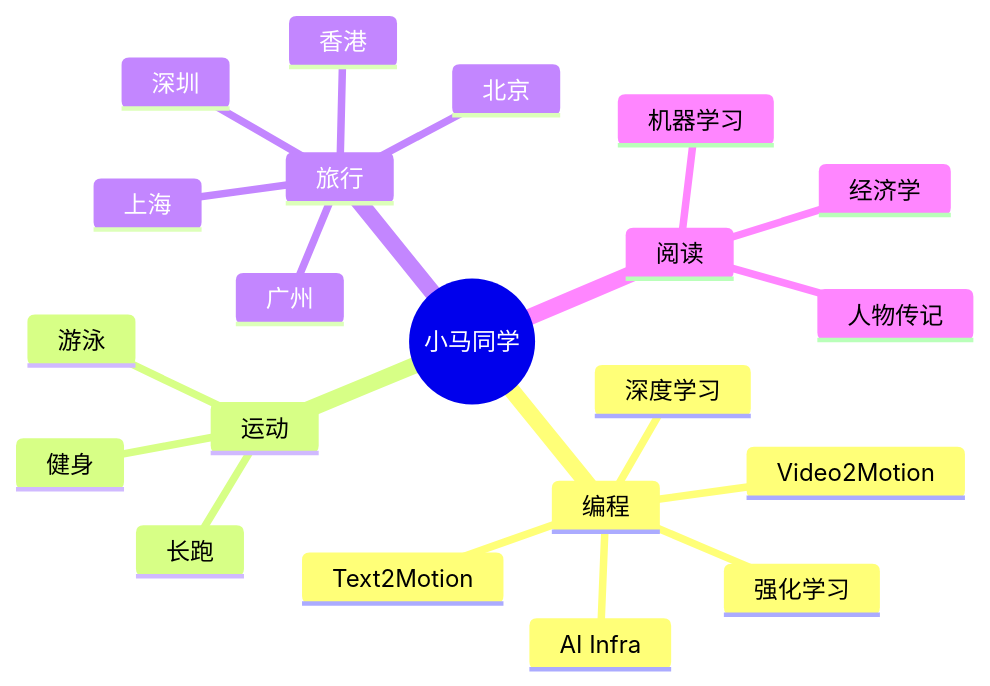
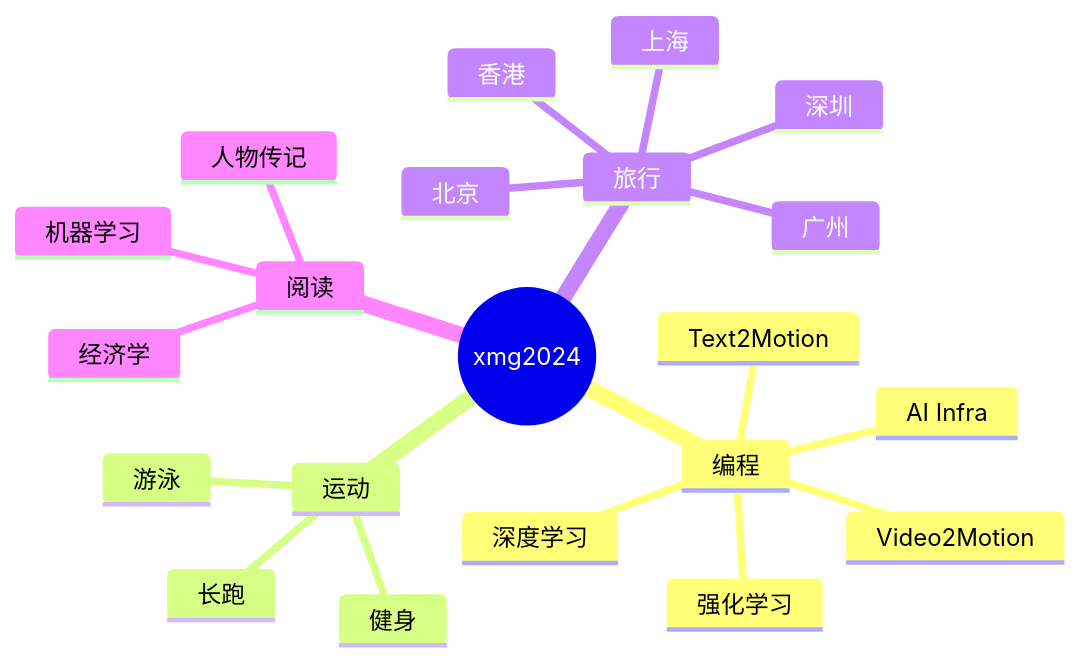
Before and after one commit to xmg2024/xmg2024: the diagram in README.md, drawn with Mermaid.

````diff
--- a/README.md
+++ b/README.md
@@ -51,24 +51,24 @@
 ```mermaid
 mindmap
-  root((小马同学))
+  root((xmg2024))
     编程
       深度学习
       强化学习
       AI Infra
       Text2Motion
       Video2Motion
     运动
       长跑
       游泳
       健身
     旅行
       北京
       深圳
       香港
       广州
       上海
     阅读
       人物传记
       机器学习 
       经济学
 ```
````
